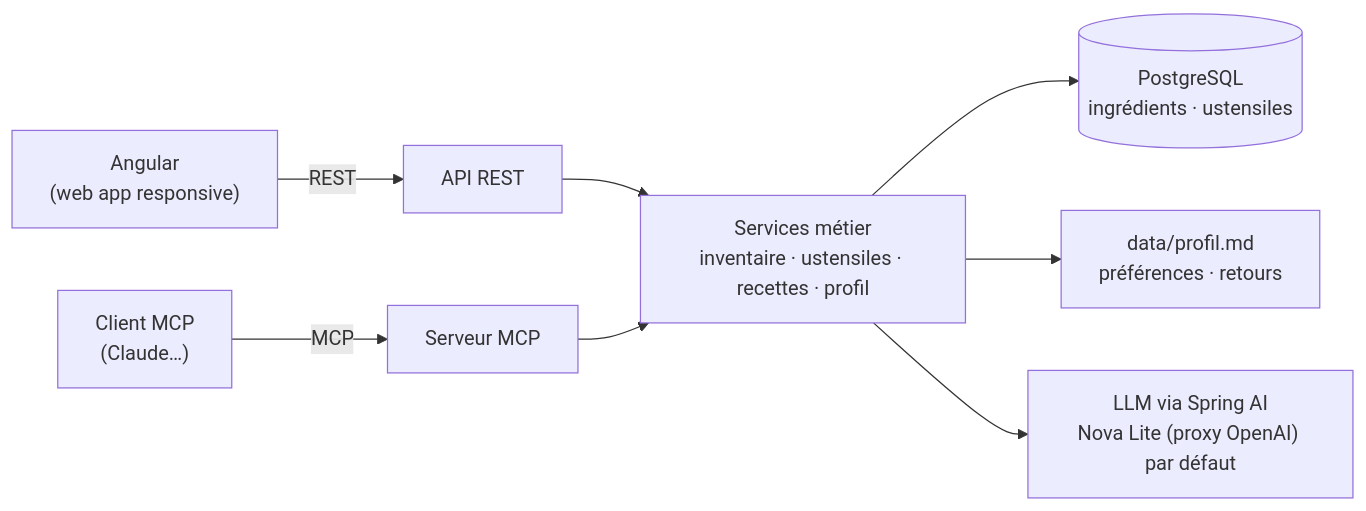
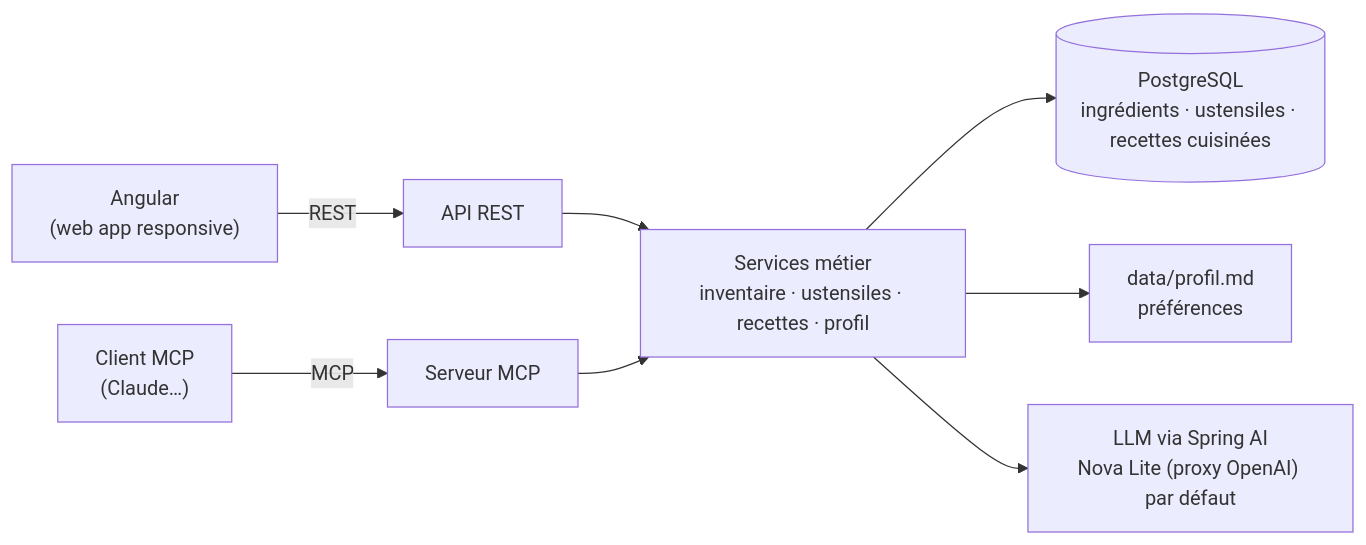
One commit to emocio-tech/AntiGaspi changed the diagram in README.md. Above: the diagram before and after it, drawn with Mermaid. The commit also changed other lines of this file and 41 other files, not shown here.

First line of the commit message:
feat: historique des recettes cuisinées et retours repris par le LLM

````diff
--- a/README.md
+++ b/README.md
@@ -131,10 +128,10 @@
 ```mermaid
 flowchart LR
     UI["Angular<br/>(web app responsive)"] -->|REST| API["API REST"]
     MCPC["Client MCP<br/>(Claude…)"] -->|MCP| MCPS["Serveur MCP"]
     API --> SVC["Services métier<br/>inventaire · ustensiles · recettes · profil"]
     MCPS --> SVC
-    SVC --> DB[("PostgreSQL<br/>ingrédients · ustensiles")]
-    SVC --> MD["data/profil.md<br/>préférences · retours"]
+    SVC --> DB[("PostgreSQL<br/>ingrédients · ustensiles · recettes cuisinées")]
+    SVC --> MD["data/profil.md<br/>préférences"]
     SVC --> LLM["LLM via Spring AI<br/>Nova Lite (proxy OpenAI) par défaut"]
 ```
````
